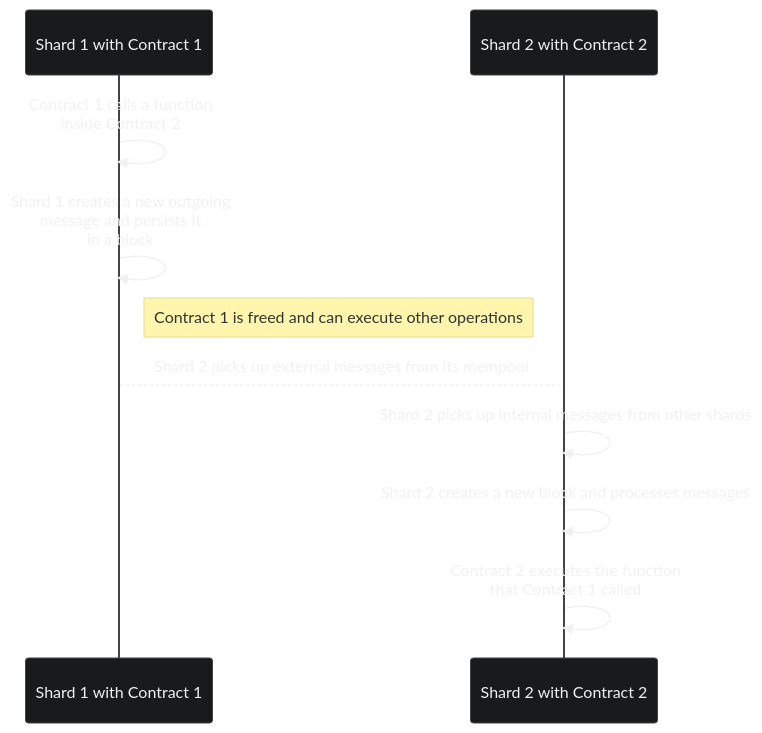
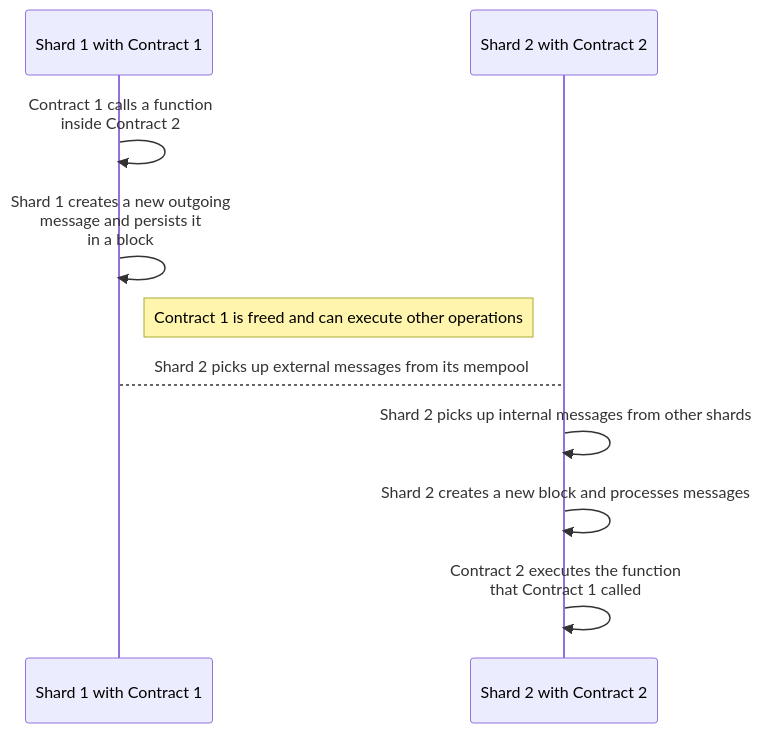
One commit to NilFoundation/docs.nil.foundation changed the diagram in nil/core-concepts/shards-parallel-execution.mdx. Above: the diagram before and after it, drawn with Mermaid. The commit also changed 6 other files, not shown here.

````diff
--- a/nil/core-concepts/shards-parallel-execution.mdx
+++ b/nil/core-concepts/shards-parallel-execution.mdx
@@ -51,25 +51,22 @@
 ```mermaid
 %%{
   init: {
     'theme': 'base',
     'themeVariables': {
       'primaryColor': '#181A1B',
-      'primaryTextColor': '#f1f1f1',
-      'primaryBorderColor': '#434343',
-      'lineColor': '#F8B229',
-      'secondaryColor': '#181A1B',
-      'tertiaryColor': '#fff'
+      'secondaryBorderColor': '#404040'
+      'textColor': '#fff'
     }
   }
 }%%
 sequenceDiagram
     participant S1 as Shard 1 with Contract 1
     participant S2 as Shard 2 with Contract 2
     S1 ->> S1: Contract 1 calls a function<br>inside Contract 2
     S1 ->> S1: Shard 1 creates a new outgoing<br>message and persists it<br>in a block
     Note right of S1: Contract 1 is freed and can execute other operations
     S1 --> S2: Shard 2 picks up external messages from its mempool
     S2 ->> S2: Shard 2 picks up internal messages from other shards
     S2 ->> S2: Shard 2 creates a new block and processes messages
     S2 ->> S2: Contract 2 executes the function<br>that Contract 1 called   
 ```
````
